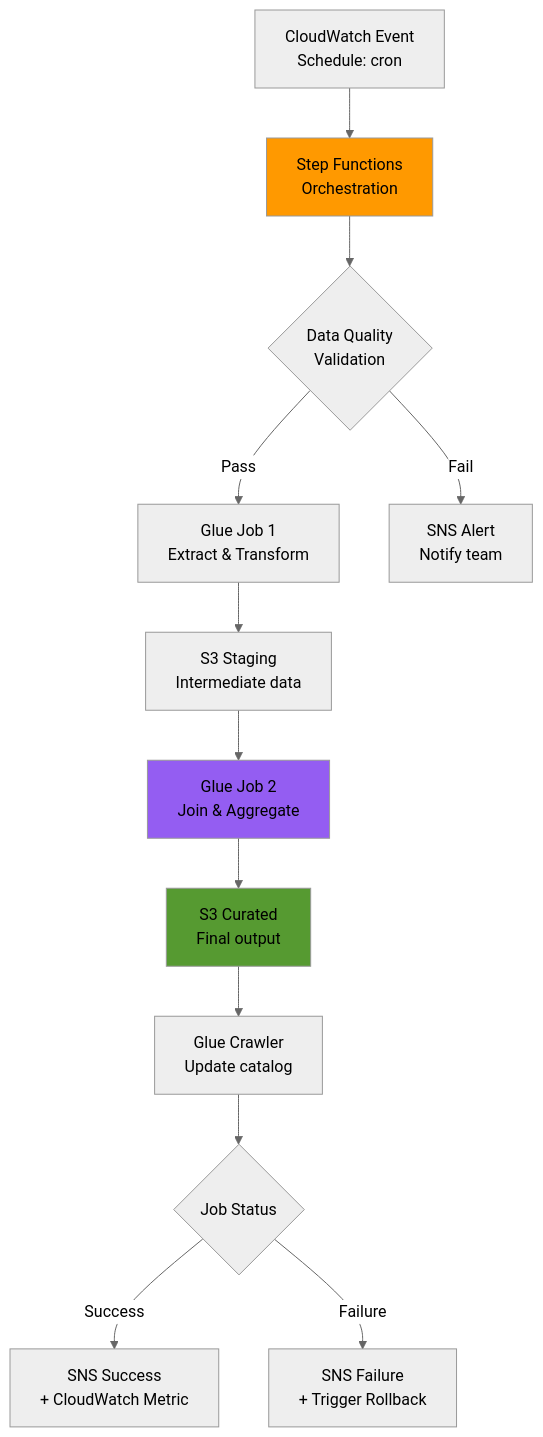
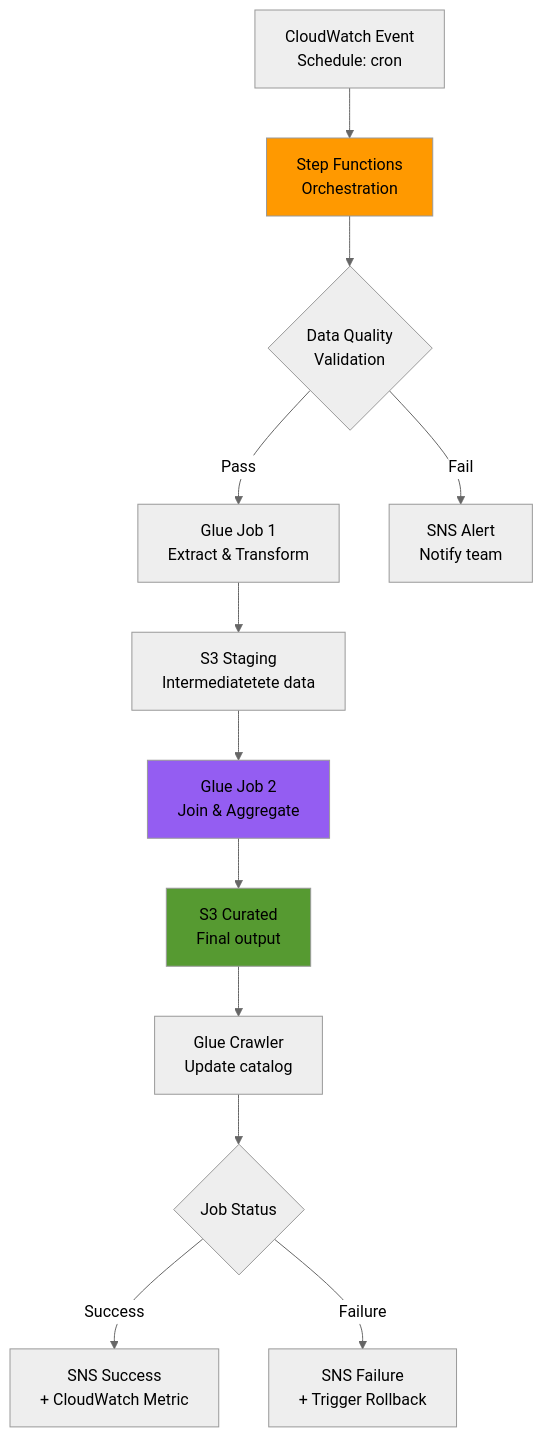
Before and after one commit to nanlabs/nan-data-engineering-labs: the third of 10 diagrams in modules/module-01-cloud-fundamentals/theory/architecture.md, drawn with Mermaid (neutral theme). The commit also changed other lines of this file and 24 other files, not shown here.

````diff
--- a/modules/module-01-cloud-fundamentals/theory/architecture.md
+++ b/modules/module-01-cloud-fundamentals/theory/architecture.md
@@ -218,26 +218,26 @@
 ```mermaid
 graph TB
     A[CloudWatch Event<br/>Schedule: cron] --> B[Step Functions<br/>Orchestration]
 
     B --> C1{Data Quality<br/>Validation}
 
     C1 -->|Pass| C2[Glue Job 1<br/>Extract & Transform]
     C1 -->|Fail| C3[SNS Alert<br/>Notify team]
 
-    C2 --> D1[S3 Staging<br/>Intermediate data]
+    C2 --> D1[S3 Staging<br/>Intermediatetete data]
 
     D1 --> E1[Glue Job 2<br/>Join & Aggregate]
 
     E1 --> F1[S3 Curated<br/>Final output]
 
     F1 --> G1[Glue Crawler<br/>Update catalog]
 
     G1 --> H1{Job Status}
 
     H1 -->|Success| H2[SNS Success<br/>+ CloudWatch Metric]
     H1 -->|Failure| H3[SNS Failure<br/>+ Trigger Rollback]
 
     style B fill:#FF9900
     style E1 fill:#945DF2
     style F1 fill:#569A31
 ```
````
